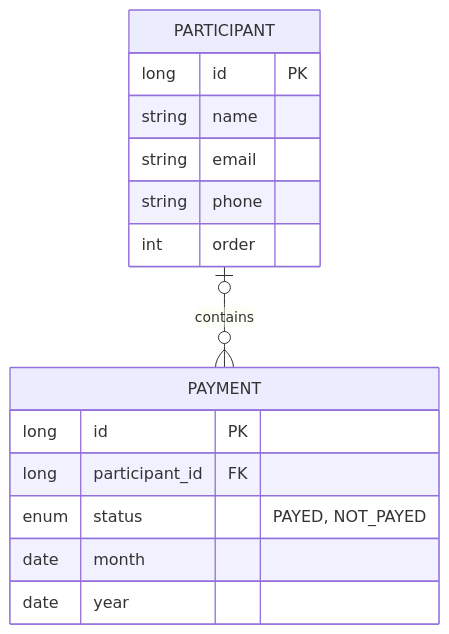
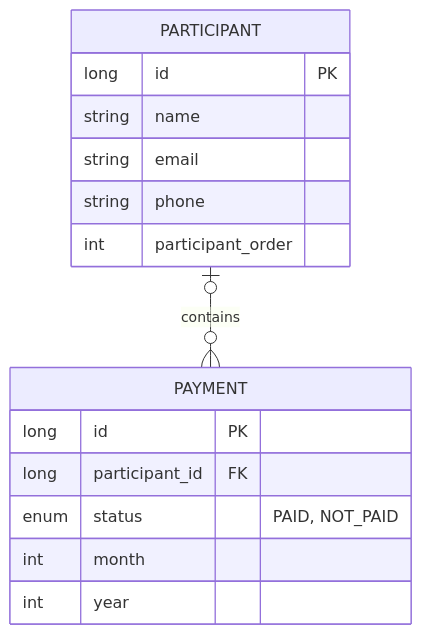
Before and after one commit to RodrigoMaga/youtube-premium-billing-bot: the diagram in docs/Database.md, drawn with Mermaid. The commit also changed 3 other files, not shown here.

````diff
--- a/docs/Database.md
+++ b/docs/Database.md
@@ -2,20 +2,20 @@
 ```mermaid
 erDiagram
     PARTICIPANT o|--o{ PAYMENT : contains
 
     PARTICIPANT {
         long id PK
         string name
         string email
         string phone
-        int order
+        int participant_order
     }
 
     PAYMENT {
         long id PK
         long participant_id FK
-        enum status "PAYED, NOT_PAYED"
-        date month
-        date year
+        enum status "PAID, NOT_PAID"
+        int month
+        int year
     }
 ```
````
